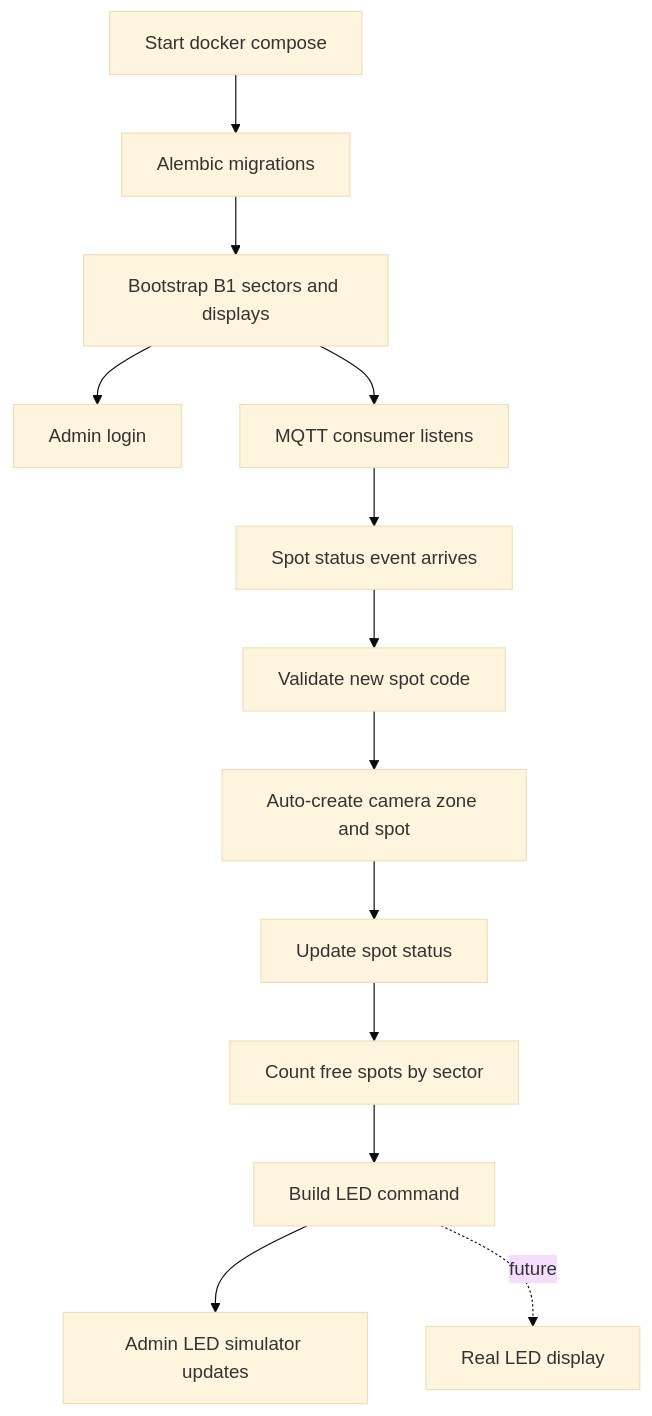
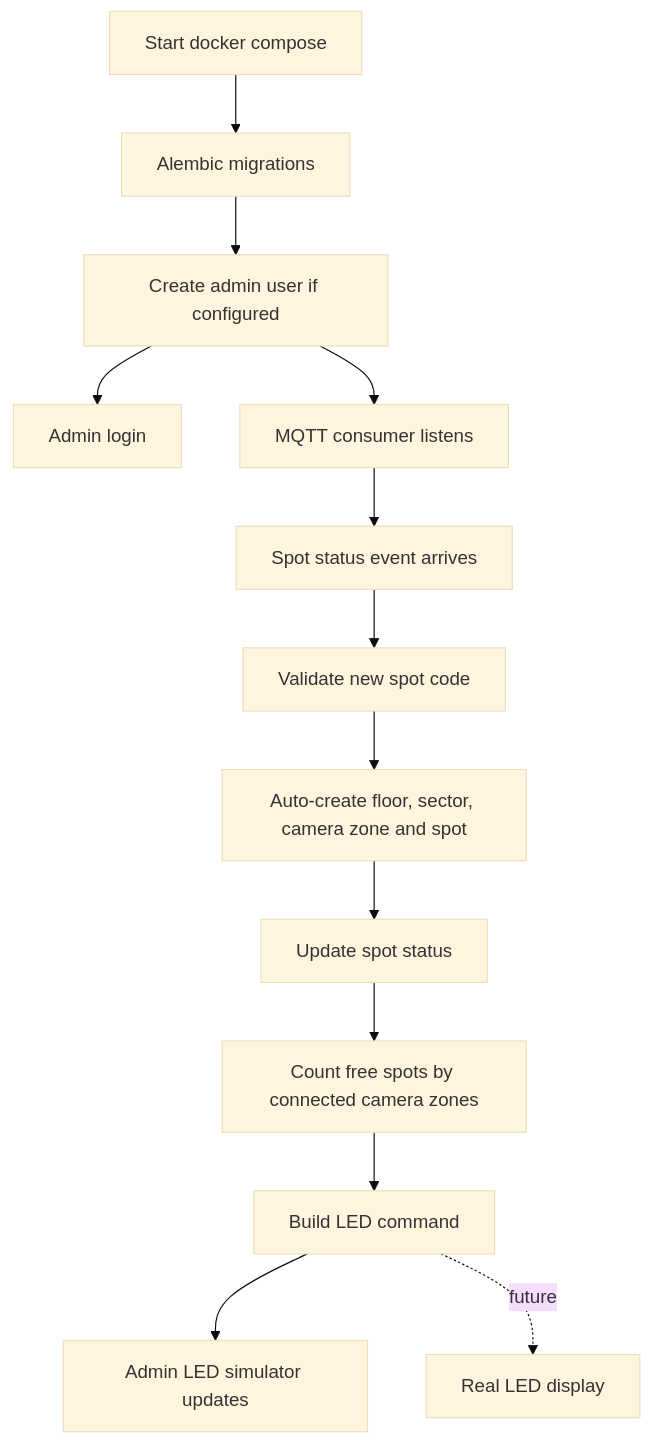
The fifth of 5 diagrams in README.md (marlenovtilek/pgs), drawn with Mermaid (base theme) before and after one commit. The commit also changed other lines of this file and 26 other files, not shown here.

````diff
--- a/README.md
+++ b/README.md
@@ -920,15 +994,15 @@
 ```mermaid
 flowchart TD
     Start[Start docker compose] --> Migrate[Alembic migrations]
-    Migrate --> Bootstrap[Bootstrap B1 sectors and displays]
-    Bootstrap --> Admin[Admin login]
-    Bootstrap --> MQTT[MQTT consumer listens]
+    Migrate --> AdminBootstrap[Create admin user if configured]
+    AdminBootstrap --> Admin[Admin login]
+    AdminBootstrap --> MQTT[MQTT consumer listens]
     MQTT --> Event[Spot status event arrives]
     Event --> Validate[Validate new spot code]
-    Validate --> AutoCreate[Auto-create camera zone and spot]
+    Validate --> AutoCreate[Auto-create floor, sector, camera zone and spot]
     AutoCreate --> Update[Update spot status]
-    Update --> Count[Count free spots by sector]
+    Update --> Count[Count free spots by connected camera zones]
     Count --> Command[Build LED command]
     Command --> Simulator[Admin LED simulator updates]
     Command -. future .-> Hardware[Real LED display]
 ```
````
